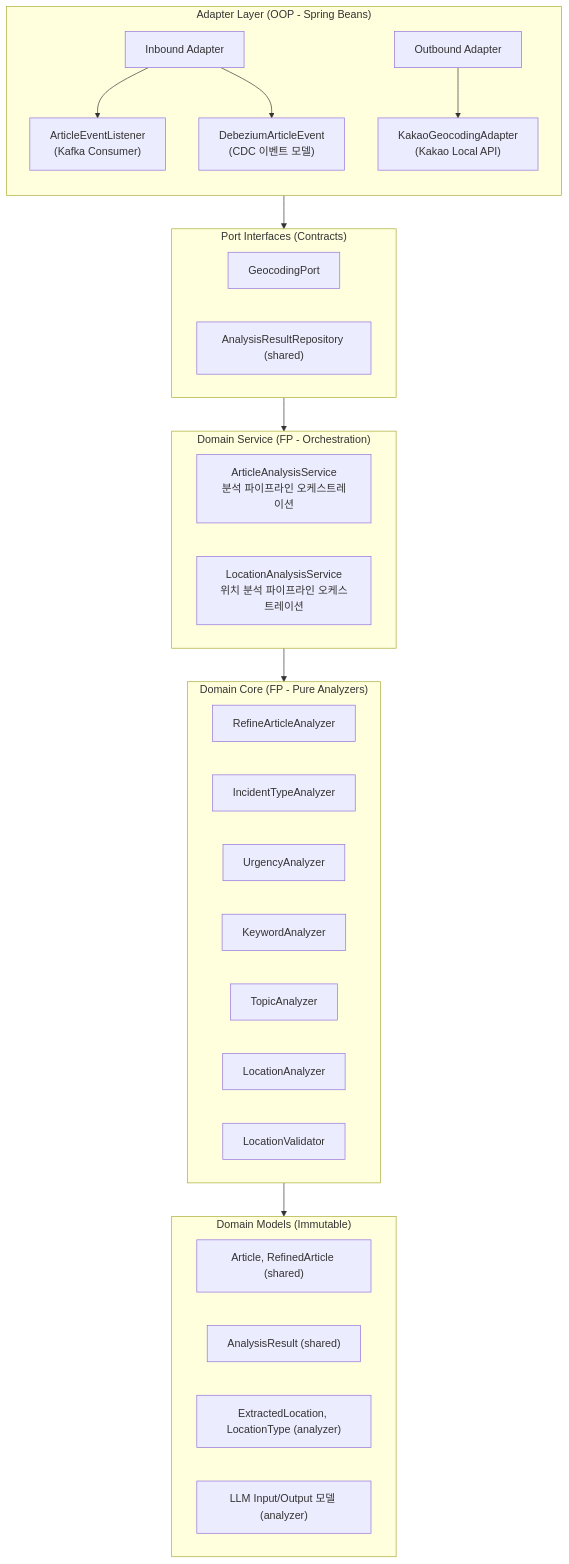
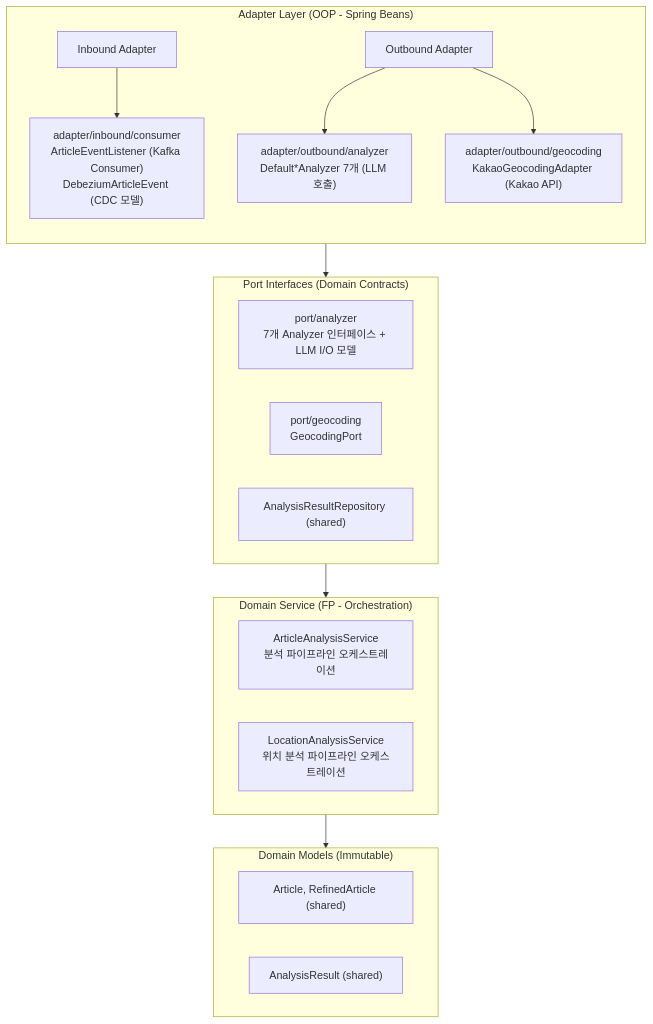
The fourth of 4 diagrams in analyzer/README.md (vonkernel/local-incident-tracker), drawn with Mermaid before and after one commit. The commit also changed other lines of this file and 92 other files, not shown here.

First line of the commit message:
Refactor analyzer to hexagonal architecture with port/adapter separation (#12)

````diff
--- a/analyzer/README.md
+++ b/analyzer/README.md
@@ -125,43 +125,31 @@
 ```mermaid
 graph TB
     subgraph Adapter_Layer ["Adapter Layer (OOP - Spring Beans)"]
         direction TB
         IN["Inbound Adapter"]
         OUT["Outbound Adapter"]
-        IN --> IN1["ArticleEventListener<br/>(Kafka Consumer)"]
-        IN --> IN2["DebeziumArticleEvent<br/>(CDC 이벤트 모델)"]
-        OUT --> OUT1["KakaoGeocodingAdapter<br/>(Kakao Local API)"]
+        IN --> IN1["adapter/inbound/consumer<br/>ArticleEventListener (Kafka Consumer)<br/>DebeziumArticleEvent (CDC 모델)"]
+        OUT --> OUT1["adapter/outbound/analyzer<br/>Default*Analyzer 7개 (LLM 호출)"]
+        OUT --> OUT2["adapter/outbound/geocoding<br/>KakaoGeocodingAdapter (Kakao API)"]
     end
 
-    subgraph Port ["Port Interfaces (Contracts)"]
-        P1["GeocodingPort"]
-        P2["AnalysisResultRepository (shared)"]
+    subgraph Port ["Port Interfaces (Domain Contracts)"]
+        P1["port/analyzer<br/>7개 Analyzer 인터페이스 + LLM I/O 모델"]
+        P2["port/geocoding<br/>GeocodingPort"]
+        P3["AnalysisResultRepository (shared)"]
     end
 
     subgraph Service ["Domain Service (FP - Orchestration)"]
         S1["ArticleAnalysisService<br/>분석 파이프라인 오케스트레이션"]
         S2["LocationAnalysisService<br/>위치 분석 파이프라인 오케스트레이션"]
     end
 
-    subgraph Core ["Domain Core (FP - Pure Analyzers)"]
-        A1["RefineArticleAnalyzer"]
-        A2["IncidentTypeAnalyzer"]
-        A3["UrgencyAnalyzer"]
-        A4["KeywordAnalyzer"]
-        A5["TopicAnalyzer"]
-        A6["LocationAnalyzer"]
-        A7["LocationValidator"]
-    end
-
     subgraph Models ["Domain Models (Immutable)"]
         M1["Article, RefinedArticle (shared)"]
         M2["AnalysisResult (shared)"]
-        M3["ExtractedLocation, LocationType (analyzer)"]
-        M4["LLM Input/Output 모델 (analyzer)"]
     end
 
     Adapter_Layer --> Port
     Port --> Service
-    Service --> Core
-    Core --> Models
+    Service --> Models
 ```
````
